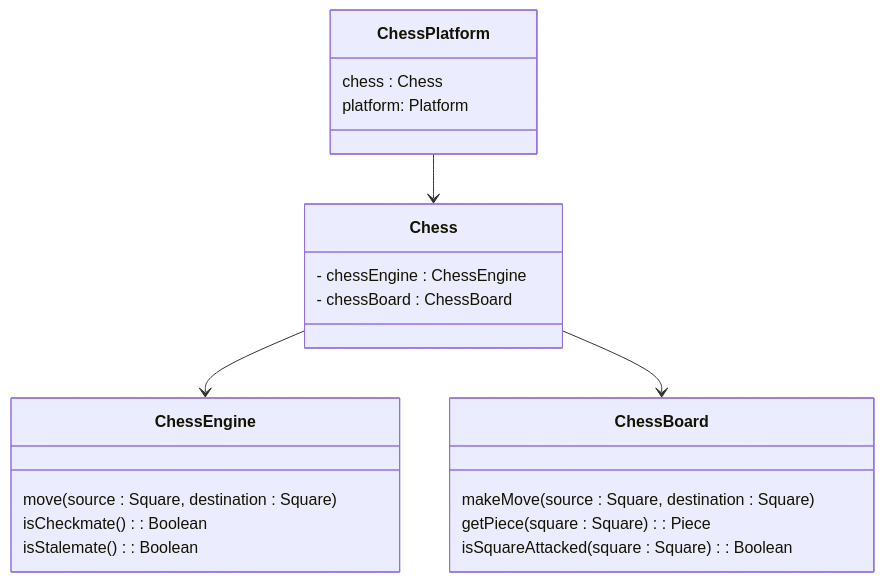
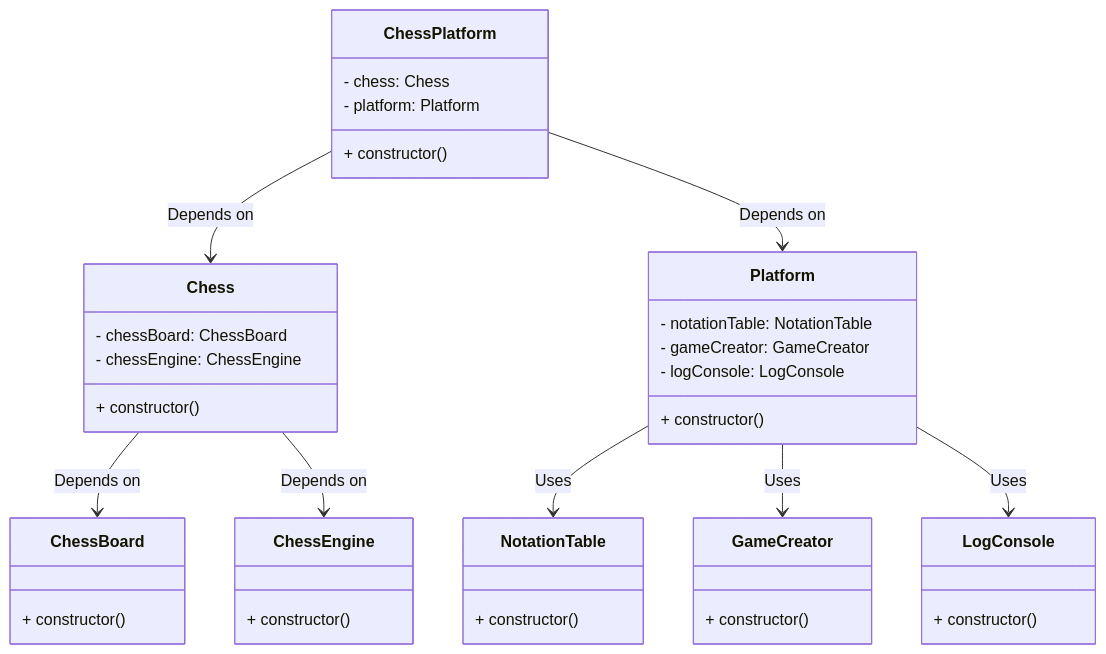
One commit to SuperLogic-stack/chess-arena changed the diagram in README.md. Above: the diagram before and after it, drawn with Mermaid.

````diff
--- a/README.md
+++ b/README.md
@@ -80,29 +80,43 @@
 ```mermaid
 classDiagram
+  class ChessPlatform {
+    - chess: Chess
+    - platform: Platform
+    + constructor()
+  }
+  class Chess {
+    - chessBoard: ChessBoard
+    - chessEngine: ChessEngine
+    + constructor()
+  }
+  class ChessEngine {
+    + constructor()
+  }
+  class ChessBoard {
+    + constructor()
+  }
+  class Platform {
+    - notationTable: NotationTable
+    - gameCreator: GameCreator
+    - logConsole: LogConsole
+    + constructor()
+  }
+  class NotationTable {
+    + constructor()
+  }
+  class GameCreator {
+    + constructor()
+  }
+  class LogConsole {
+    + constructor()
+  }
 
-class ChessPlatform {
-    chess : Chess
-    platform: Platform
-}
+  ChessPlatform --> Chess : Depends on
+  ChessPlatform --> Platform : Depends on
+  Chess --> ChessBoard : Depends on
+  Chess --> ChessEngine : Depends on
+  Platform --> NotationTable : Uses
+  Platform --> GameCreator : Uses 
+  Platform --> LogConsole : Uses
 
-class Chess {
-    - chessEngine : ChessEngine
-    - chessBoard : ChessBoard
-}
-
-class ChessEngine {
-    move(source : Square, destination : Square)
-    isCheckmate() : Boolean
-    isStalemate() : Boolean
-}
-
-class ChessBoard {
-    makeMove(source : Square, destination : Square)
-    getPiece(square : Square) : Piece
-    isSquareAttacked(square : Square) : Boolean
-}
-
-ChessPlatform --> Chess
-Chess --> ChessEngine
-Chess --> ChessBoard
 ```
````
